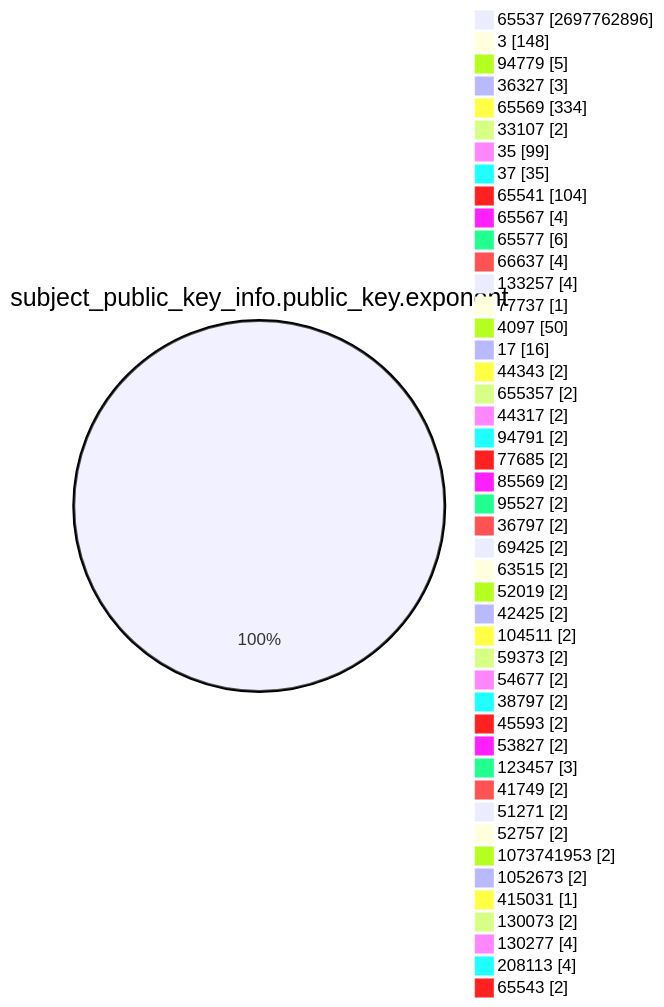
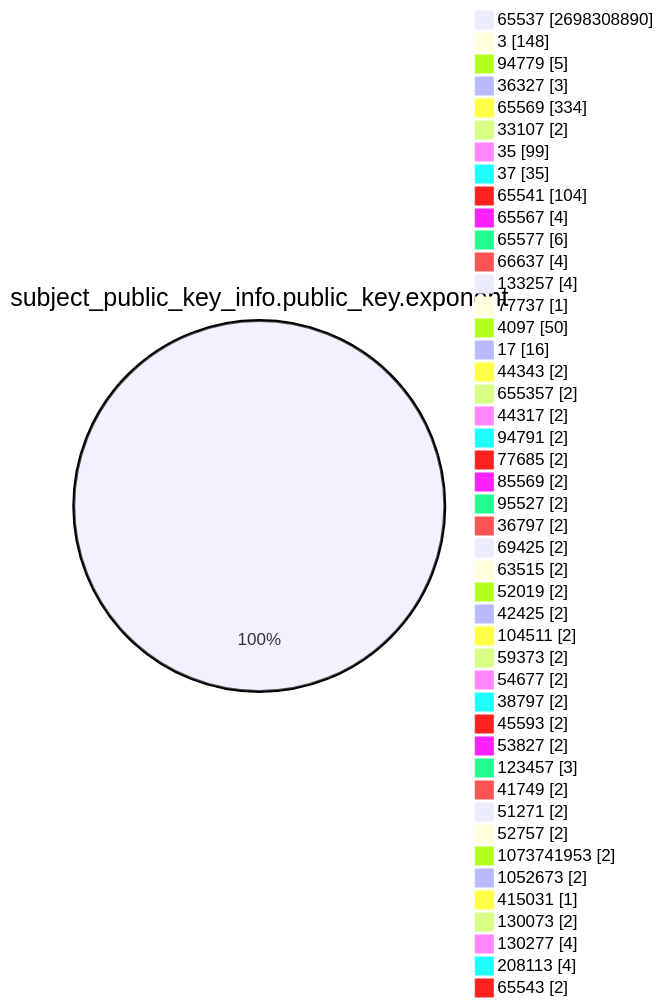
The fourth of 15 diagrams in TOTAL/README.md (christiankrug/ctmonitor_visualization), drawn with Mermaid before and after one commit. The commit also changed other lines of this file, not shown here.

````diff
--- a/TOTAL/README.md
+++ b/TOTAL/README.md
@@ -1467,49 +1467,49 @@
 ```mermaid
 pie showData
 title subject_public_key_info.public_key.exponent
-"65537" :2697762896
+"65537" :2698308890
 "3" :148
 "94779" :5
 "36327" :3
 "65569" :334
 "33107" :2
 "35" :99
 "37" :35
 "65541" :104
 "65567" :4
 "65577" :6
 "66637" :4
 "133257" :4
 "77737" :1
 "4097" :50
 "17" :16
 "44343" :2
 "655357" :2
 "44317" :2
 "94791" :2
 "77685" :2
 "85569" :2
 "95527" :2
 "36797" :2
 "69425" :2
 "63515" :2
 "52019" :2
 "42425" :2
 "104511" :2
 "59373" :2
 "54677" :2
 "38797" :2
 "45593" :2
 "53827" :2
 "123457" :3
 "41749" :2
 "51271" :2
 "52757" :2
 "1073741953" :2
 "1052673" :2
 "415031" :1
 "130073" :2
 "130277" :4
 "208113" :4
 "65543" :2
 ```
````
